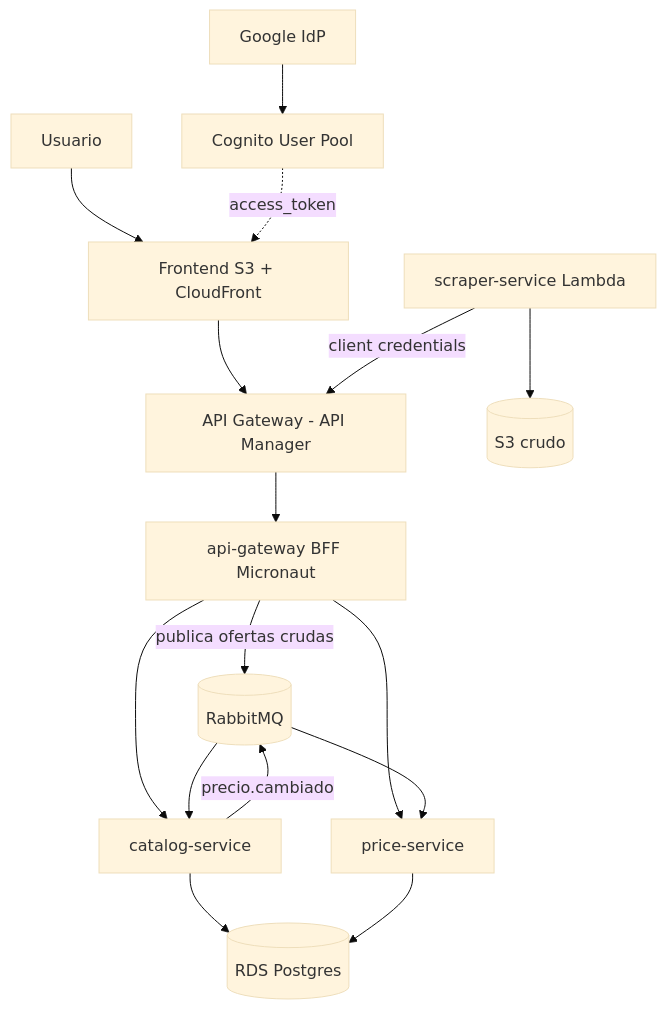
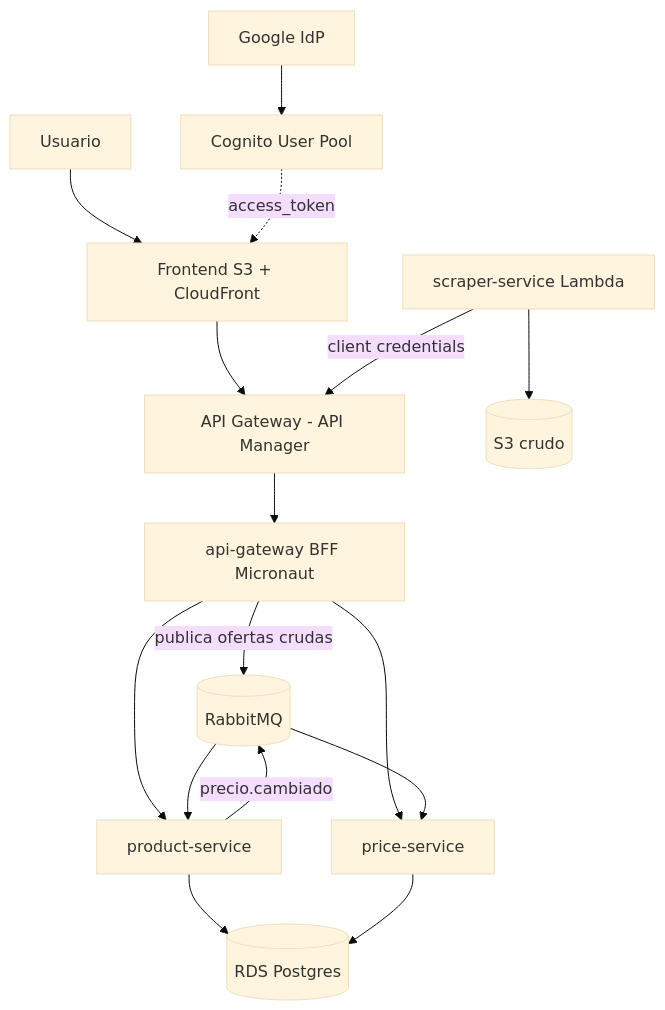
One commit to Martinnnn-ops/cacha-el-precio changed the diagram in docs/ARQUITECTURA.md. Above: the diagram before and after it, drawn with Mermaid (base theme). The commit also changed other lines of this file and 10 other files, not shown here.

Commit message:
docs: alinea el proyecto con product-service

````diff
--- a/docs/ARQUITECTURA.md
+++ b/docs/ARQUITECTURA.md
@@ -96,18 +96,18 @@
 ```mermaid
 flowchart TB
     G[Google IdP] --> C[Cognito User Pool]
     U[Usuario] --> F[Frontend S3 + CloudFront]
     C -. access_token .-> F
     F --> AG[API Gateway - API Manager]
     SCR[scraper-service Lambda] -->|client credentials| AG
     AG --> BFF[api-gateway BFF Micronaut]
     BFF -->|publica ofertas crudas| MQ[(RabbitMQ)]
-    BFF --> CAT[catalog-service]
+    BFF --> CAT[product-service]
     BFF --> PRI[price-service]
     MQ --> CAT
     CAT -->|precio.cambiado| MQ
     MQ --> PRI
     SCR --> S3[(S3 crudo)]
     CAT --> DB[(RDS Postgres)]
     PRI --> DB
 ```
````
